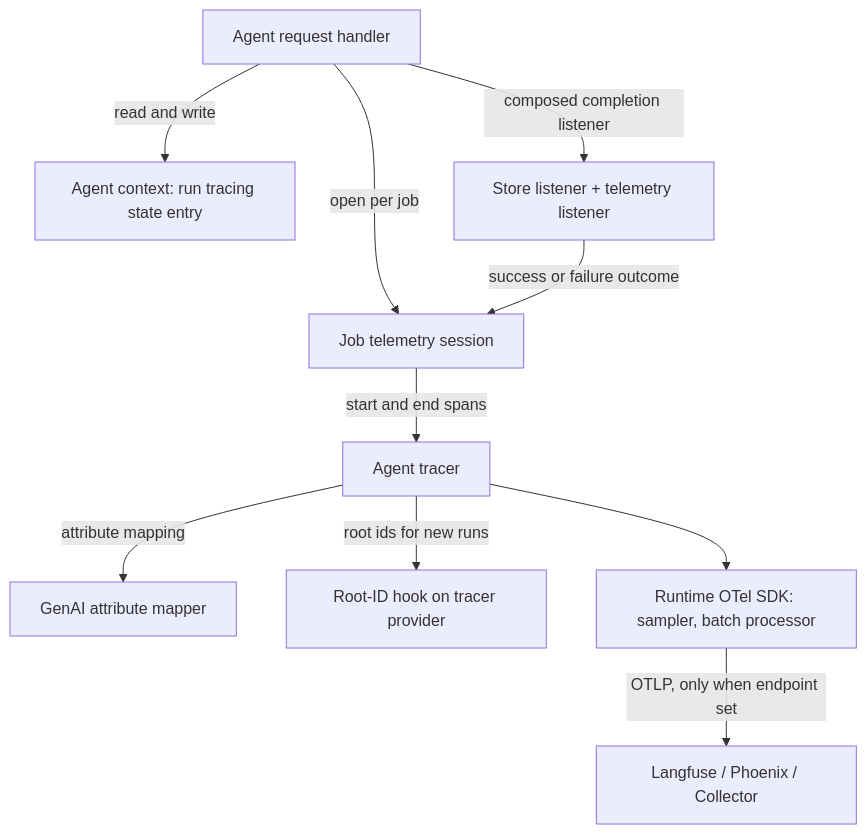
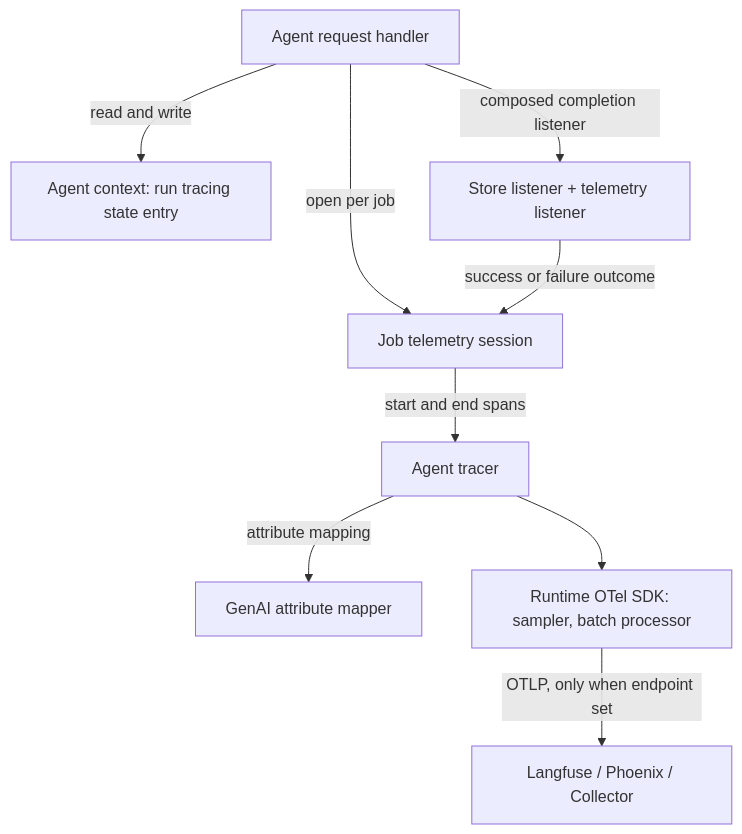
Before and after one commit to camunda/connectors: the second of 5 diagrams in docs/plans/2026-10-05-1445-feat-ai-agent-otel-genai-tracing-plan.md, drawn with Mermaid. The commit also changed other lines of this file, not shown here.

First line of the commit message:
docs(agentic-ai): use random run ids and agent-instance sessions in OTel tracing plan

````diff
--- a/docs/plans/2026-10-05-1445-feat-ai-agent-otel-genai-tracing-plan.md
+++ b/docs/plans/2026-10-05-1445-feat-ai-agent-otel-genai-tracing-plan.md
@@ -311,12 +317,11 @@
 ```mermaid
 flowchart TB
   H[Agent request handler] -->|open per job| TS[Job telemetry session]
   H -->|read and write| AC[Agent context: run tracing state entry]
   TS -->|start and end spans| TR[Agent tracer]
   TR -->|attribute mapping| GA[GenAI attribute mapper]
-  TR -->|root ids for new runs| IDH[Root-ID hook on tracer provider]
   TR --> SDK[Runtime OTel SDK: sampler, batch processor]
   SDK -->|OTLP, only when endpoint set| BE[Langfuse / Phoenix / Collector]
   H -->|composed completion listener| CL[Store listener + telemetry listener]
   CL -->|success or failure outcome| TS
 ```
````
